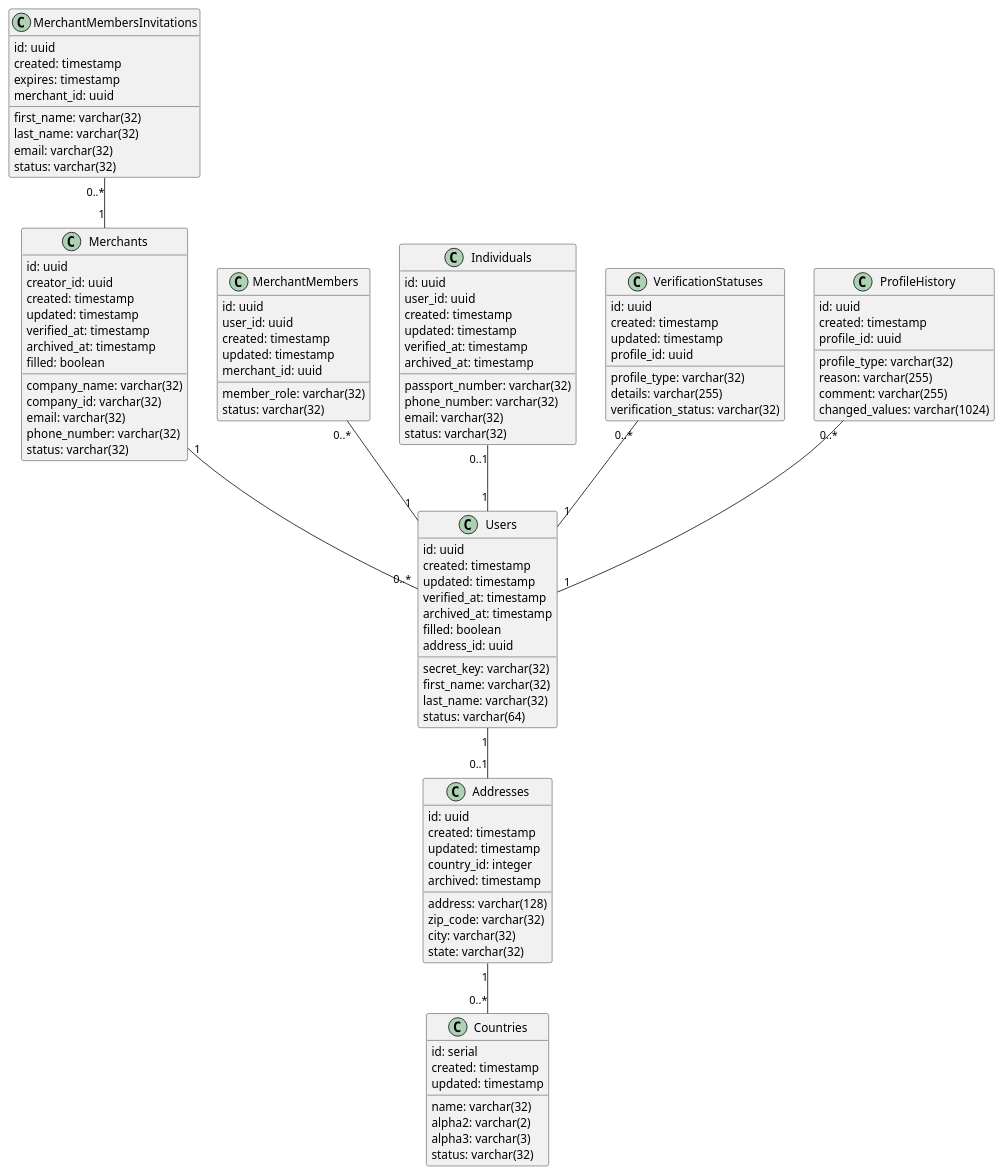
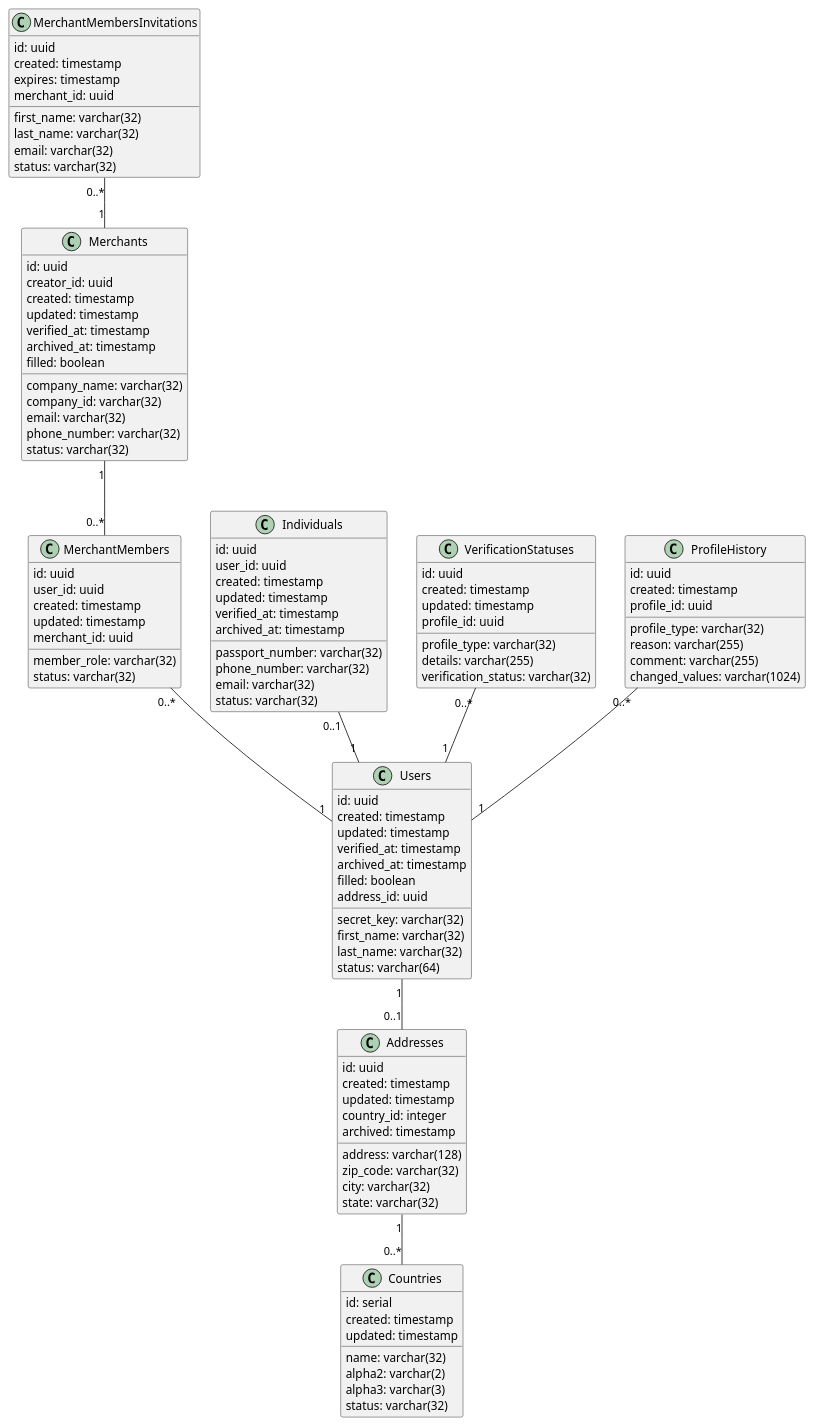
Before and after one commit to Dosmakhambet/fake_user_provider: the diagram in ER diagram.puml, drawn with PlantUML. The commit also changed 18 other files, not shown here.

```diff
--- a/ER diagram.puml
+++ b/ER diagram.puml
@@ -1,115 +1,115 @@
 @startuml
 class Countries {
   id: serial
   created: timestamp
   updated: timestamp
   name: varchar(32)
   alpha2: varchar(2)
   alpha3: varchar(3)
   status: varchar(32)
 }
 
 class Addresses {
   id: uuid
   created: timestamp
   updated: timestamp
   country_id: integer
   address: varchar(128)
   zip_code: varchar(32)
   archived: timestamp
   city: varchar(32)
   state: varchar(32)
 }
 
 class Users {
   id: uuid
   secret_key: varchar(32)
   created: timestamp
   updated: timestamp
   first_name: varchar(32)
   last_name: varchar(32)
   verified_at: timestamp
   archived_at: timestamp
   status: varchar(64)
   filled: boolean
   address_id: uuid
 }
 
 class Merchants {
   id: uuid
   creator_id: uuid
   created: timestamp
   updated: timestamp
   company_name: varchar(32)
   company_id: varchar(32)
   email: varchar(32)
   phone_number: varchar(32)
   verified_at: timestamp
   archived_at: timestamp
   status: varchar(32)
   filled: boolean
 }
 
 class MerchantMembers {
   id: uuid
   user_id: uuid
   created: timestamp
   updated: timestamp
   merchant_id: uuid
   member_role: varchar(32)
   status: varchar(32)
 }
 
 class Individuals {
   id: uuid
   user_id: uuid
   created: timestamp
   updated: timestamp
   passport_number: varchar(32)
   phone_number: varchar(32)
   email: varchar(32)
   verified_at: timestamp
   archived_at: timestamp
   status: varchar(32)
 }
 
 class VerificationStatuses {
   id: uuid
   created: timestamp
   updated: timestamp
   profile_id: uuid
   profile_type: varchar(32)
   details: varchar(255)
   verification_status: varchar(32)
 }
 
 class ProfileHistory {
   id: uuid
   created: timestamp
   profile_id: uuid
   profile_type: varchar(32)
   reason: varchar(255)
   comment: varchar(255)
   changed_values: varchar(1024)
 }
 
 class MerchantMembersInvitations {
   id: uuid
   created: timestamp
   expires: timestamp
   merchant_id: uuid
   first_name: varchar(32)
   last_name: varchar(32)
   email: varchar(32)
   status: varchar(32)
 }
 
 Addresses "1" -- "0..*" Countries
 Users "1" -- "0..1" Addresses
-Merchants "1" -- "0..*" Users
+Merchants "1" -- "0..*" MerchantMembers
 MerchantMembers "0..*" -- "1" Users
 Individuals "0..1" -- "1" Users
 VerificationStatuses "0..*" -- "1" Users
 ProfileHistory "0..*" -- "1" Users
 MerchantMembersInvitations "0..*" -- "1" Merchants
 @enduml
```
